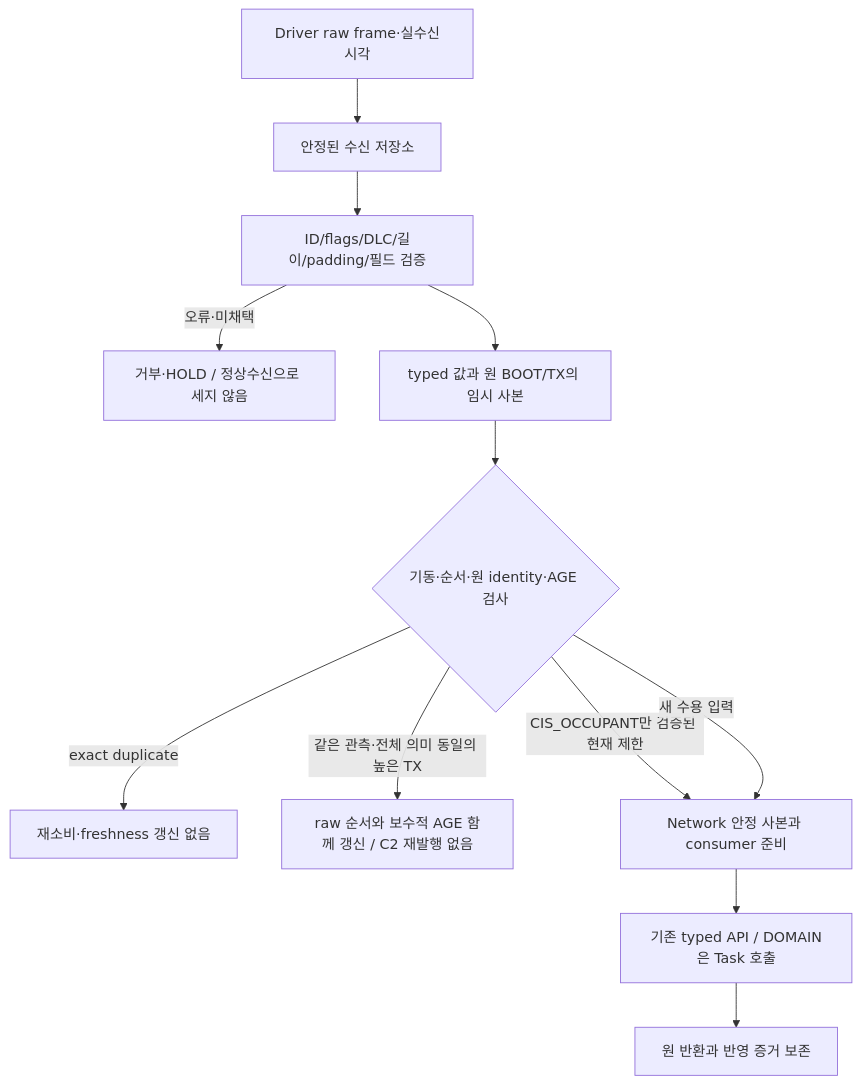
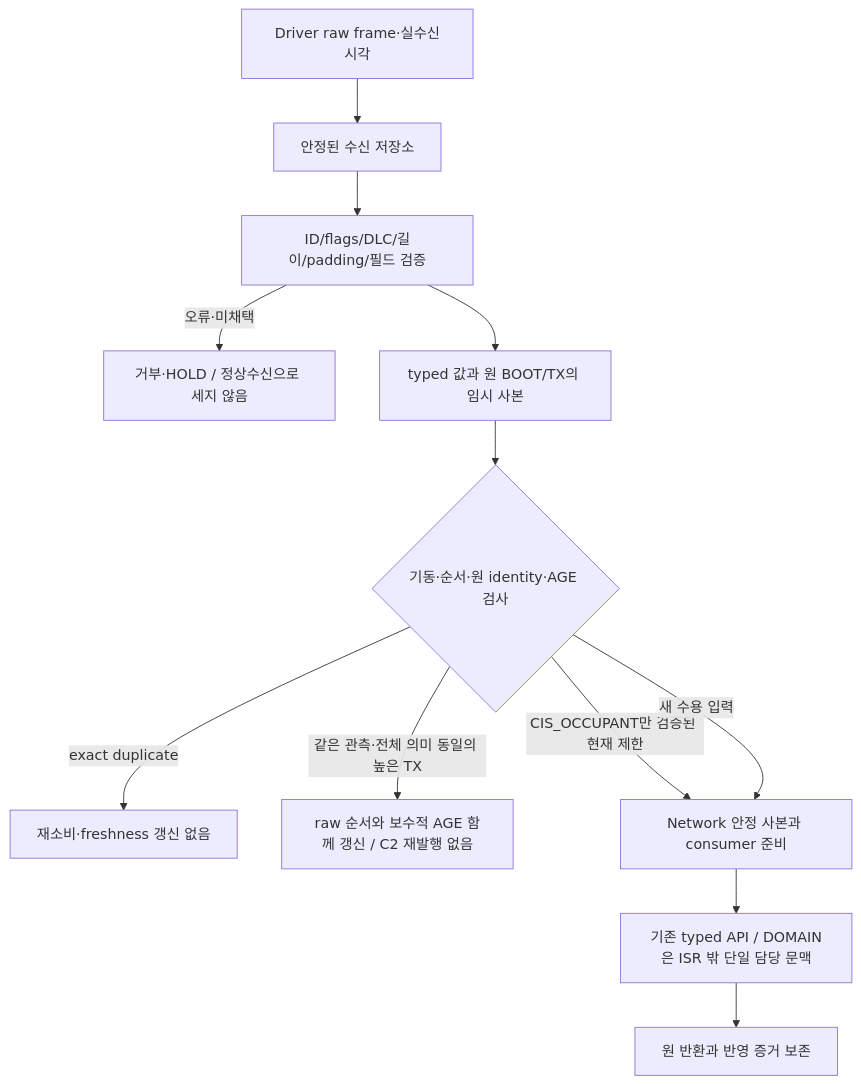
One commit to vehicle-domain-control-system/integrated-vehicle-control changed the second of 2 diagrams in docs/network/sw_detail/flows/CAN_NETWORK_PATHS.md. Above: the diagram before and after it, drawn with Mermaid. The commit also changed other lines of this file and 53 other files, not shown here.

````diff
--- a/docs/network/sw_detail/flows/CAN_NETWORK_PATHS.md
+++ b/docs/network/sw_detail/flows/CAN_NETWORK_PATHS.md
@@ -28,14 +28,14 @@
 ```mermaid
 flowchart TD
   Port[Driver raw frame·실수신시각] --> Raw[안정된 수신 저장소]
   Raw --> Codec[ID/flags/DLC/길이/padding/필드 검증]
   Codec -->|오류·미채택| Drop[거부·HOLD / 정상수신으로 세지 않음]
   Codec --> Temp[typed 값과 원 BOOT/TX의 임시 사본]
   Temp --> Order{기동·순서·원 identity·AGE 검사}
   Order -->|exact duplicate| Dup[재소비·freshness 갱신 없음]
   Order -->|같은 관측·전체 의미 동일의 높은 TX| Same[raw 순서와 보수적 AGE 함께 갱신 / C2 재발행 없음]
   Order -->|CIS_OCCUPANT만 검증된 현재 제한| Stable
   Order -->|새 수용 입력| Stable[Network 안정 사본과 consumer 준비]
-  Stable --> Consumer[기존 typed API / DOMAIN은 Task 호출]
+  Stable --> Consumer[기존 typed API / DOMAIN은 ISR 밖 단일 담당 문맥]
   Consumer --> Result[원 반환과 반영 증거 보존]
 ```
````
